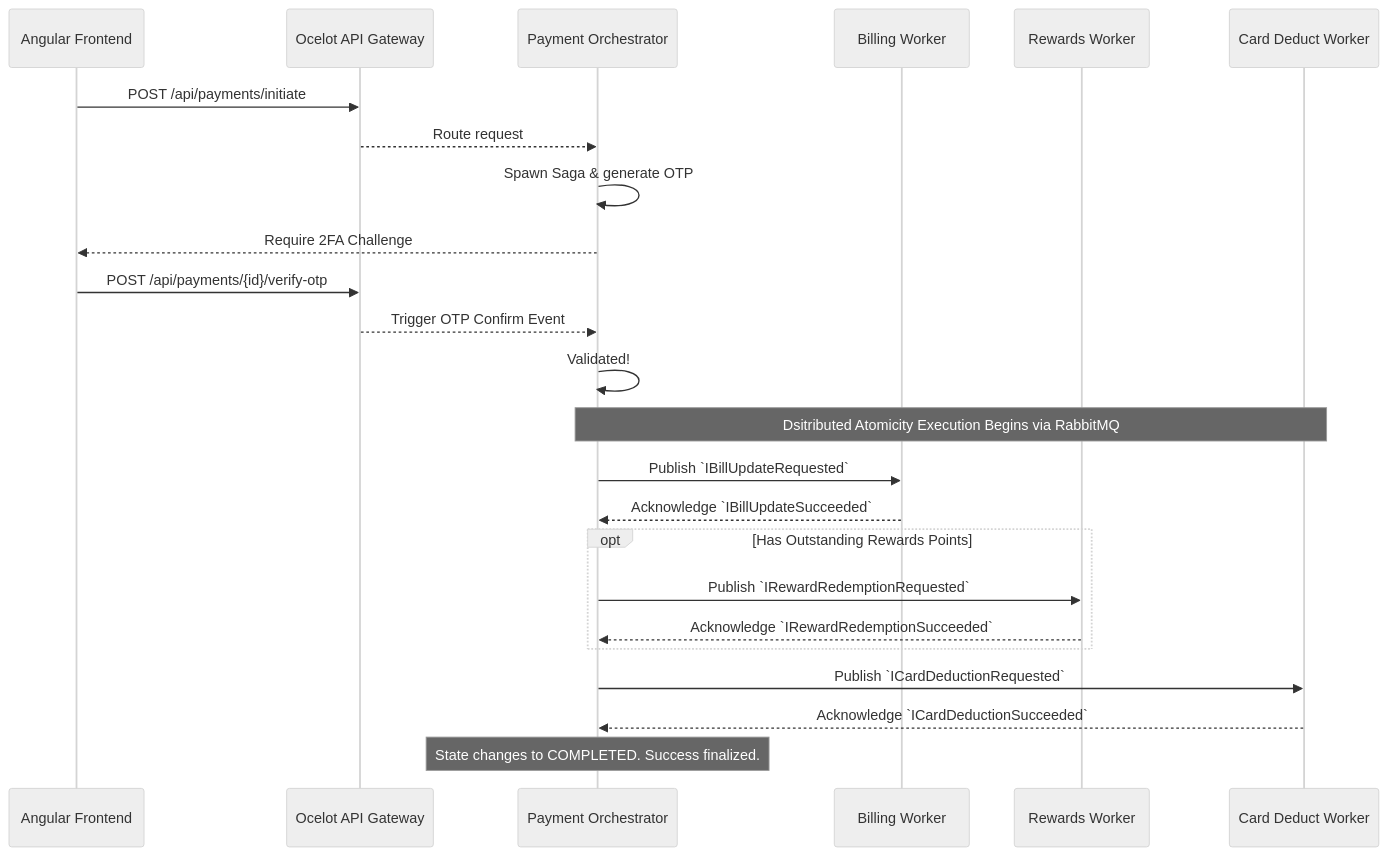
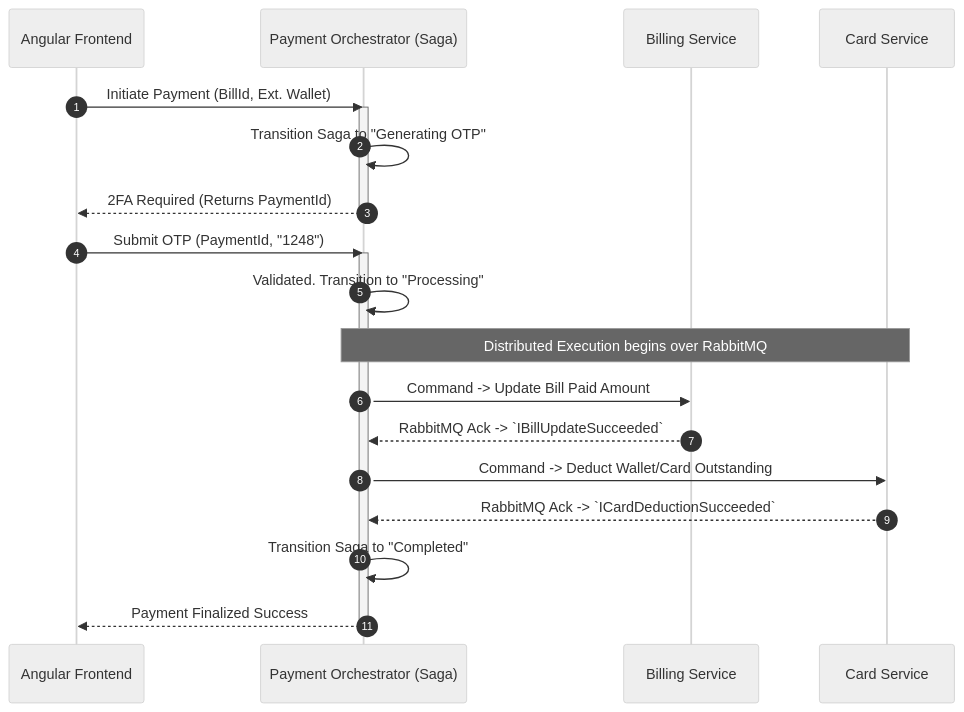
The sixth of 13 diagrams in src/docs/LLD.md (TirtharajBarma/cred-vault), drawn with Mermaid (neutral theme) before and after one commit. The commit also changed other lines of this file and 102 other files, not shown here.

````diff
--- a/src/docs/LLD.md
+++ b/src/docs/LLD.md
@@ -415,33 +283,30 @@
 ```mermaid
 sequenceDiagram
+    autonumber
     participant UI as Angular Frontend
-    participant GW as Ocelot API Gateway
-    participant PA as Payment Orchestrator
-    participant BI as Billing Worker
-    participant RW as Rewards Worker
-    participant CA as Card Deduct Worker
+    participant PA as Payment Orchestrator (Saga)
+    participant BI as Billing Service
+    participant CA as Card Service
 
-    UI->>GW: POST /api/payments/initiate
-    GW-->>PA: Route request
-    PA->>PA: Spawn Saga & generate OTP
-    PA-->>UI: Require 2FA Challenge
+    UI->>PA: Initiate Payment (BillId, Ext. Wallet)
+    activate PA
+    PA->>PA: Transition Saga to "Generating OTP"
+    PA-->>UI: 2FA Required (Returns PaymentId)
+    deactivate PA
 
-    UI->>GW: POST /api/payments/{id}/verify-otp
-    GW-->>PA: Trigger OTP Confirm Event
-    PA->>PA: Validated!
+    UI->>PA: Submit OTP (PaymentId, "1248")
+    activate PA
+    PA->>PA: Validated. Transition to "Processing"
+    
+    Note over PA, CA: Distributed Execution begins over RabbitMQ
 
-    Note over PA, CA: Dsitributed Atomicity Execution Begins via RabbitMQ
-
-    PA->>BI: Publish `IBillUpdateRequested`
-    BI-->>PA: Acknowledge `IBillUpdateSucceeded`
+    PA->>BI: Command -> Update Bill Paid Amount
+    BI-->>PA: RabbitMQ Ack -> `IBillUpdateSucceeded`
     
-    opt Has Outstanding Rewards Points
-        PA->>RW: Publish `IRewardRedemptionRequested`
-        RW-->>PA: Acknowledge `IRewardRedemptionSucceeded`
-    end
-
-    PA->>CA: Publish `ICardDeductionRequested`
-    CA-->>PA: Acknowledge `ICardDeductionSucceeded`
+    PA->>CA: Command -> Deduct Wallet/Card Outstanding
+    CA-->>PA: RabbitMQ Ack -> `ICardDeductionSucceeded`
     
-    Note over PA: State changes to COMPLETED. Success finalized.
+    PA->>PA: Transition Saga to "Completed"
+    PA-->>UI: Payment Finalized Success
+    deactivate PA
 ```
````
